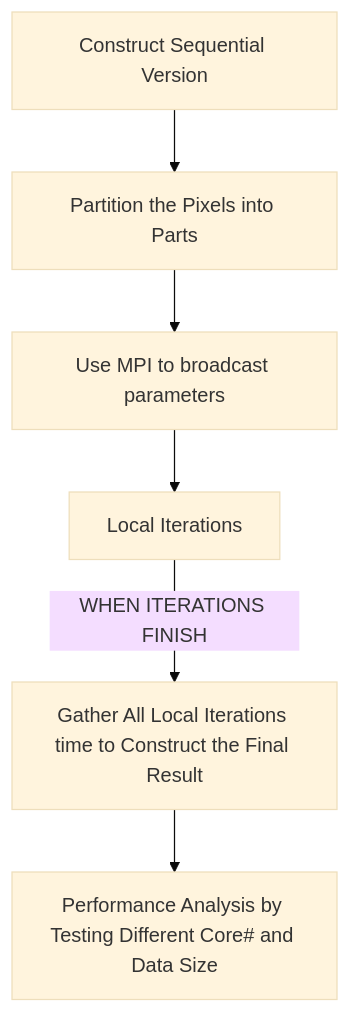
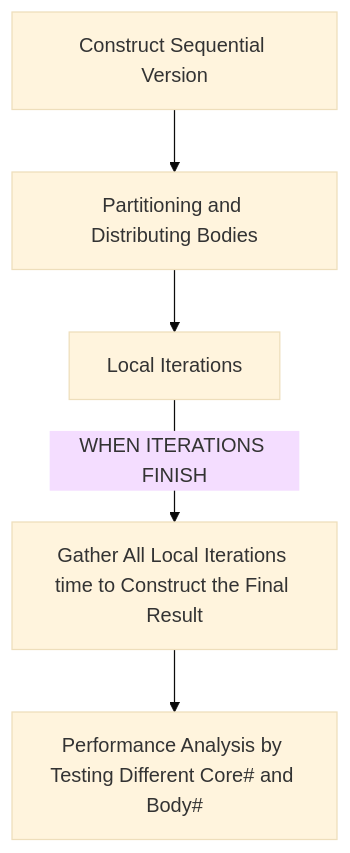
One commit to philipzhux/parallel-n-body changed the diagram in README.md. Above: the diagram before and after it, drawn with Mermaid (base theme). The commit also changed other lines of this file, not shown here.

````diff
--- a/README.md
+++ b/README.md
@@ -183,9 +180,8 @@
 ```mermaid
 graph TD;
 
-    A["Construct Sequential Version"]-->B["Partition the Pixels into Parts"];
-    B-->C["Use MPI to broadcast parameters"];
-    C-->D["Local Iterations"];
-    D--"WHEN ITERATIONS FINISH"-->F["Gather All Local Iterations time to Construct the Final Result"];
-    F-->H["Performance Analysis by Testing Different Core# and Data Size"];
+    A["Construct Sequential Version"]-->B["Partitioning and Distributing Bodies"];
+    B-->C["Local Iterations"];
+    C--"WHEN ITERATIONS FINISH"-->F["Gather All Local Iterations time to Construct the Final Result"];
+    F-->H["Performance Analysis by Testing Different Core# and Body#"];
 ```
````
